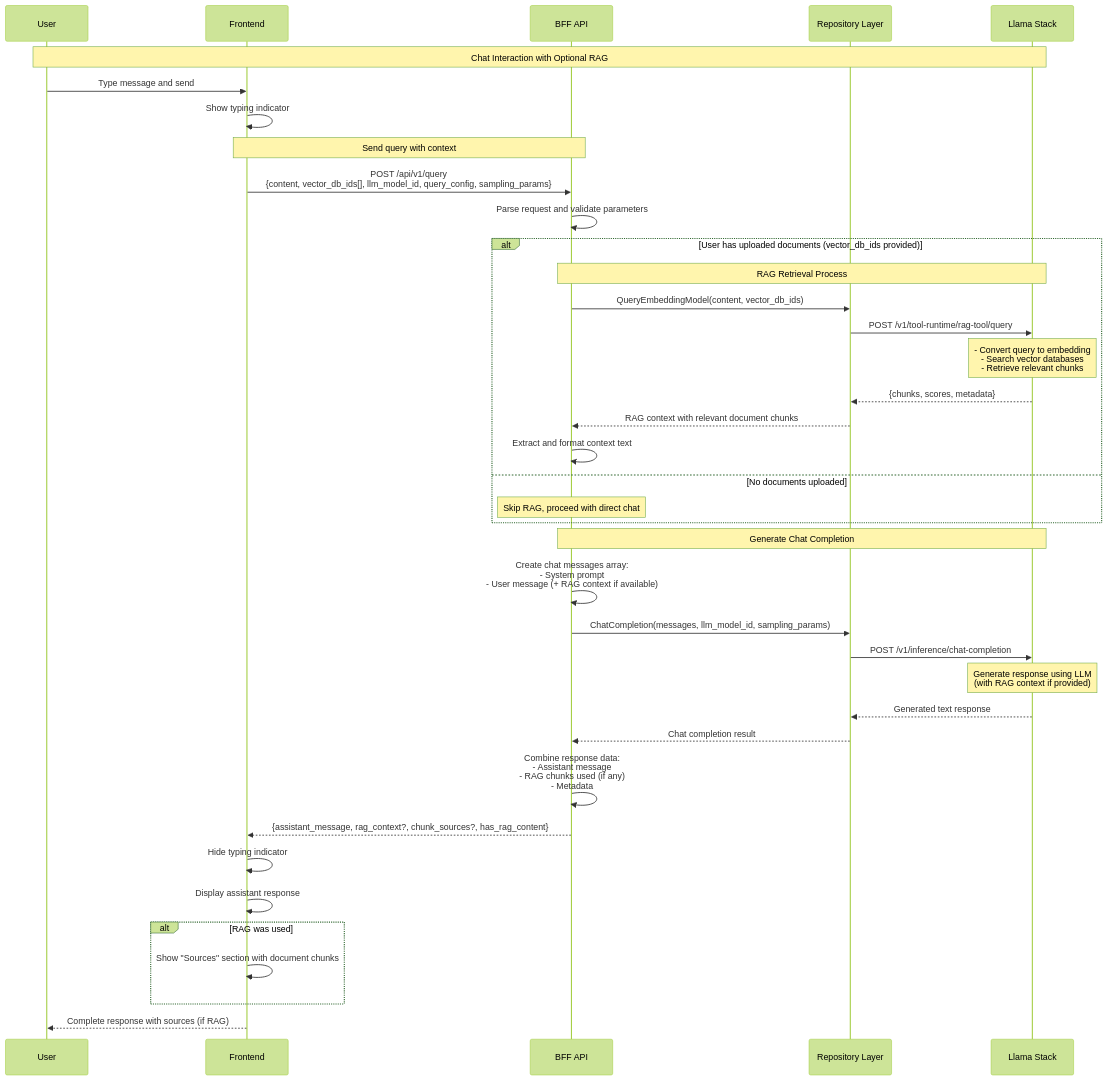
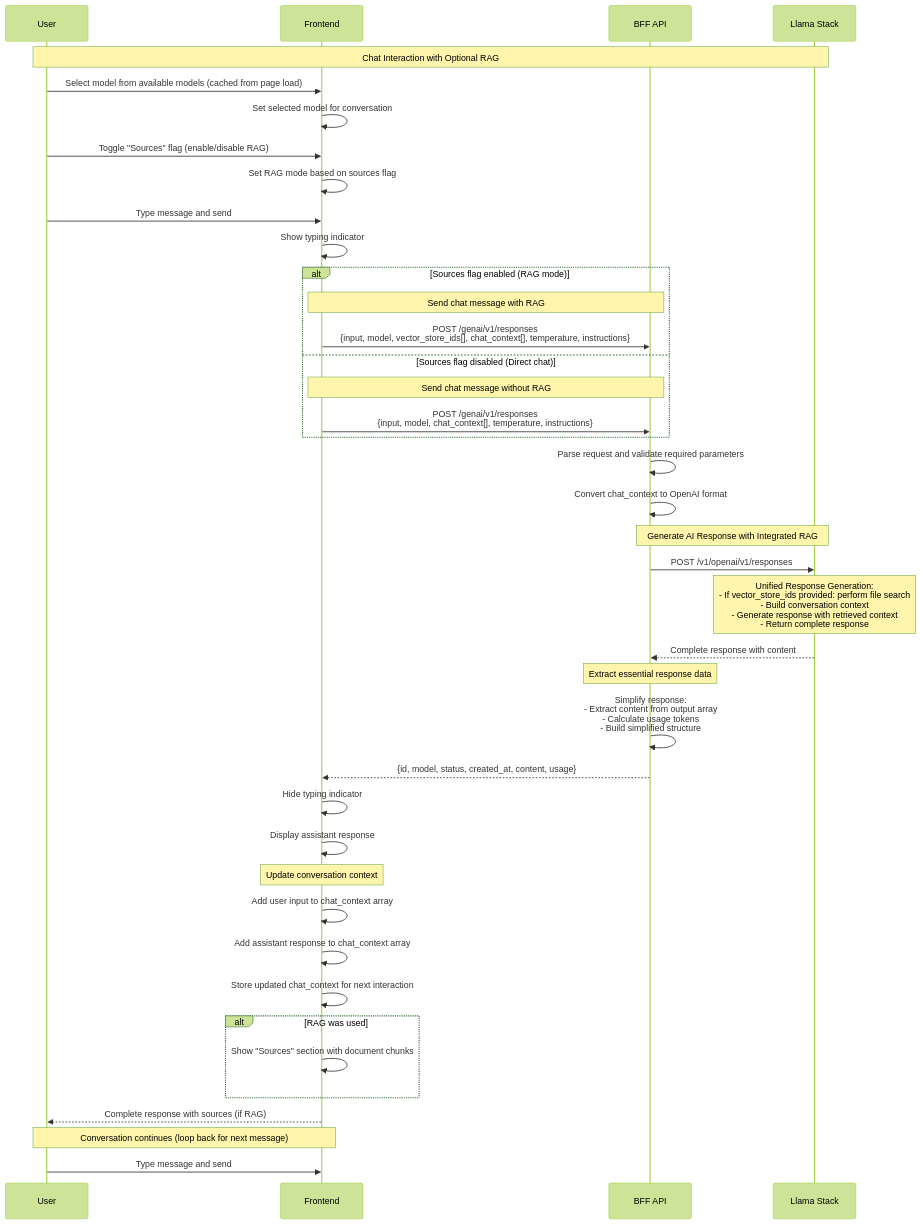
Before and after one commit to opendatahub-io/odh-dashboard: the second of 2 diagrams in frontend/packages/llama-stack-modular-ui/docs/adr/0003-core-user-flows.md, drawn with Mermaid (forest theme). The commit also changed other lines of this file and 39 other files, not shown here.

First line of the commit message:
OpenAI responses api (#4741)

````diff
--- a/frontend/packages/llama-stack-modular-ui/docs/adr/0003-core-user-flows.md
+++ b/frontend/packages/llama-stack-modular-ui/docs/adr/0003-core-user-flows.md
@@ -96,50 +95,53 @@
 ```mermaid
 sequenceDiagram
     participant User as User
     participant UI as Frontend
     participant BFF as BFF API
-    participant Repo as Repository Layer
     participant LS as Llama Stack
 
     Note over User,LS: Chat Interaction with Optional RAG
     
+    User->>UI: Select model from available models (cached from page load)
+    UI->>UI: Set selected model for conversation
+    User->>UI: Toggle "Sources" flag (enable/disable RAG)
+    UI->>UI: Set RAG mode based on sources flag
     User->>UI: Type message and send
     UI->>UI: Show typing indicator
     
-         Note over UI,BFF: Send query with context
-     UI->>BFF: POST /api/v1/query<br/>{content, vector_db_ids[], llm_model_id, query_config, sampling_params}
-    
-    BFF->>BFF: Parse request and validate parameters
-    
-    alt User has uploaded documents (vector_db_ids provided)
-        Note over BFF,LS: RAG Retrieval Process
-        BFF->>Repo: QueryEmbeddingModel(content, vector_db_ids)
-        Repo->>LS: POST /v1/tool-runtime/rag-tool/query
-        Note over LS: - Convert query to embedding<br/>- Search vector databases<br/>- Retrieve relevant chunks
-        LS-->>Repo: {chunks, scores, metadata}
-        Repo-->>BFF: RAG context with relevant document chunks
-        BFF->>BFF: Extract and format context text
-    else No documents uploaded
-        Note over BFF: Skip RAG, proceed with direct chat
+    alt Sources flag enabled (RAG mode)
+        Note over UI,BFF: Send chat message with RAG
+        UI->>BFF: POST /genai/v1/responses<br/>{input, model, vector_store_ids[], chat_context[], temperature, instructions}
+    else Sources flag disabled (Direct chat)
+        Note over UI,BFF: Send chat message without RAG
+        UI->>BFF: POST /genai/v1/responses<br/>{input, model, chat_context[], temperature, instructions}
     end
     
-    Note over BFF,LS: Generate Chat Completion
-    BFF->>BFF: Create chat messages array:<br/>- System prompt<br/>- User message (+ RAG context if available)
+    BFF->>BFF: Parse request and validate required parameters
+    BFF->>BFF: Convert chat_context to OpenAI format
     
-    BFF->>Repo: ChatCompletion(messages, llm_model_id, sampling_params)
-    Repo->>LS: POST /v1/inference/chat-completion
-    Note over LS: Generate response using LLM<br/>(with RAG context if provided)
-    LS-->>Repo: Generated text response
-    Repo-->>BFF: Chat completion result
+    Note over BFF,LS: Generate AI Response with Integrated RAG
+    BFF->>LS: POST /v1/openai/v1/responses
+    Note over LS: Unified Response Generation:<br/>- If vector_store_ids provided: perform file search<br/>- Build conversation context<br/>- Generate response with retrieved context<br/>- Return complete response
+    LS-->>BFF: Complete response with content
     
-    BFF->>BFF: Combine response data:<br/>- Assistant message<br/>- RAG chunks used (if any)<br/>- Metadata
+    Note over BFF: Extract essential response data
+    BFF->>BFF: Simplify response:<br/>- Extract content from output array<br/>- Calculate usage tokens<br/>- Build simplified structure
     
-    BFF-->>UI: {assistant_message, rag_context?, chunk_sources?, has_rag_content}
+    BFF-->>UI: {id, model, status, created_at, content, usage}
     
     UI->>UI: Hide typing indicator
     UI->>UI: Display assistant response
+    
+    Note over UI: Update conversation context
+    UI->>UI: Add user input to chat_context array
+    UI->>UI: Add assistant response to chat_context array
+    UI->>UI: Store updated chat_context for next interaction
+    
     alt RAG was used
         UI->>UI: Show "Sources" section with document chunks
     end
     UI-->>User: Complete response with sources (if RAG)
+    
+    Note over User,UI: Conversation continues (loop back for next message)
+    User->>UI: Type message and send
 ```
````
